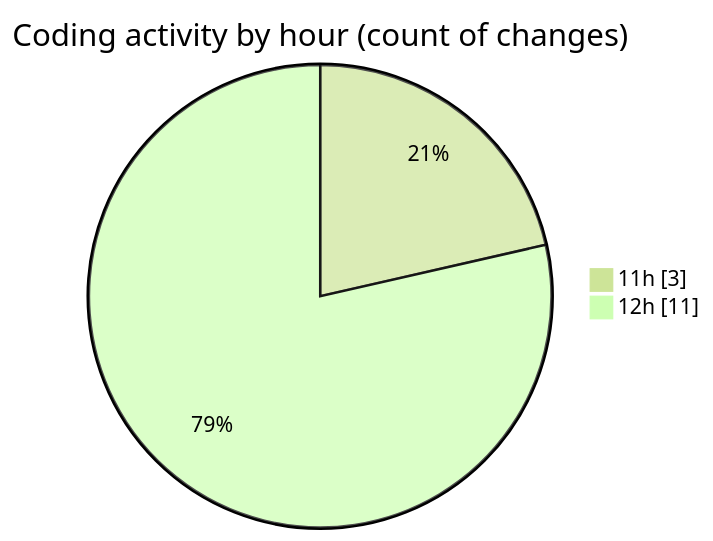
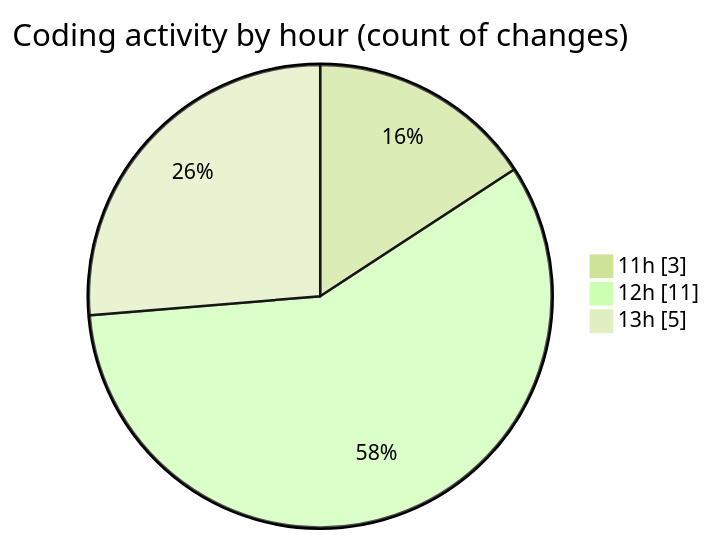
The second of 2 diagrams in 2026-03-25/nxtqube_webapp/README.md (nxtqubesakshisongat/code-tracking), drawn with Mermaid (forest theme) before and after one commit. The commit also changed other lines of this file and 1 other file, not shown here.

````diff
--- a/2026-03-25/nxtqube_webapp/README.md
+++ b/2026-03-25/nxtqube_webapp/README.md
@@ -32,6 +35,7 @@
 ```mermaid
 pie showData
 title Coding activity by hour (count of changes)
 "11h" : 3
 "12h" : 11
+"13h" : 5
 ```
````
